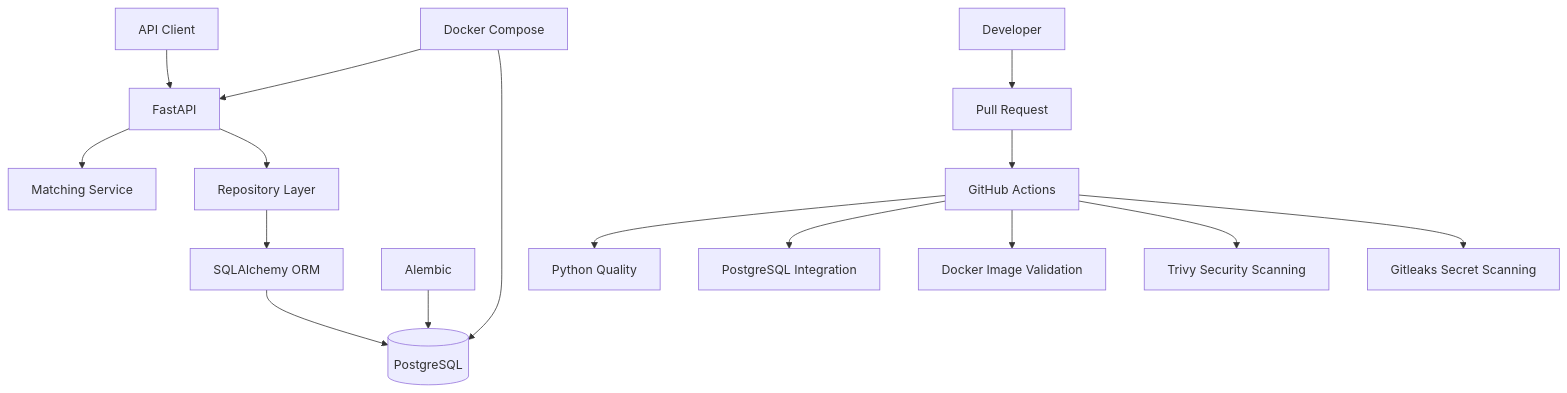
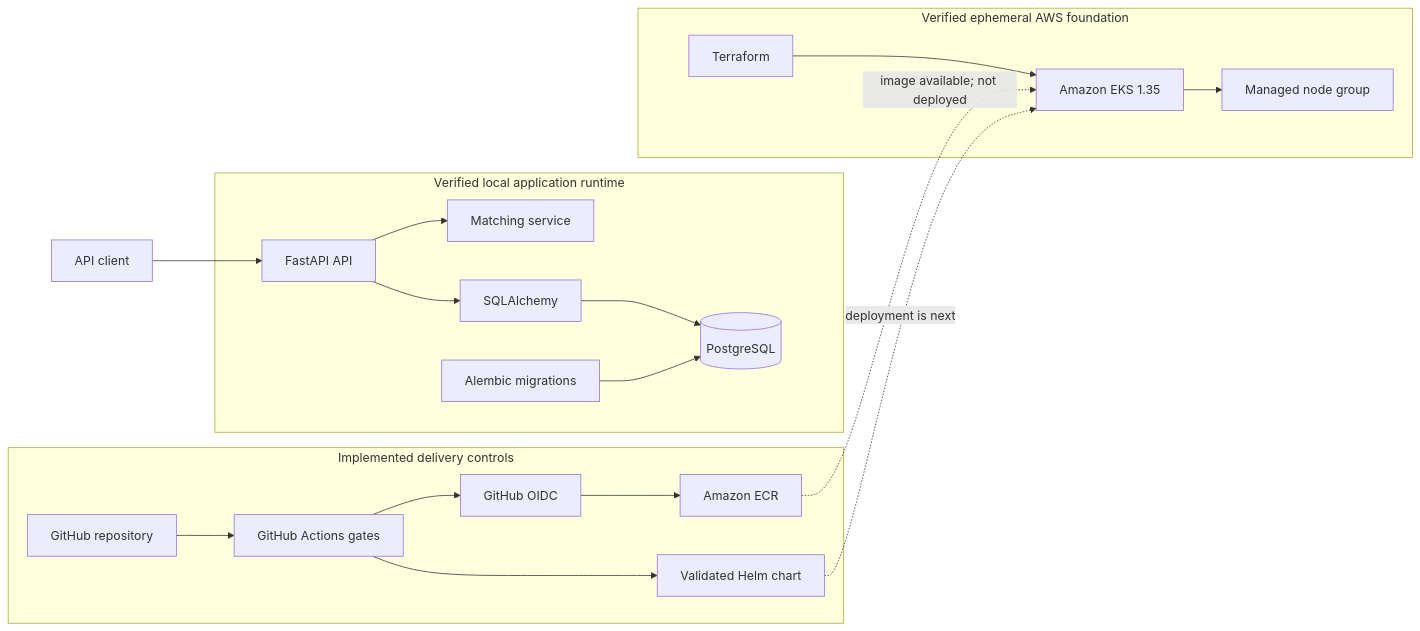
Before and after one commit to SamehYahia/ai-job-platform: the first of 4 diagrams in README.md, drawn with Mermaid. The commit also changed other lines of this file, not shown here.

Commit message:
docs: document EKS foundation and architecture

````diff
--- a/README.md
+++ b/README.md
@@ -57,24 +59,43 @@
 ```mermaid
-flowchart TB
-    CLIENT["API Client"] --> API["FastAPI"]
+flowchart LR
+    USER["API client"]
 
-    API --> MATCHER["Matching Service"]
-    API --> REPOSITORY["Repository Layer"]
+    subgraph LOCAL["Verified local application runtime"]
+        API["FastAPI API"]
+        MATCHER["Matching service"]
+        ORM["SQLAlchemy"]
+        DB[("PostgreSQL")]
+        MIGRATIONS["Alembic migrations"]
 
-    REPOSITORY --> ORM["SQLAlchemy ORM"]
-    ORM --> DATABASE[("PostgreSQL")]
+        API --> MATCHER
+        API --> ORM
+        ORM --> DB
+        MIGRATIONS --> DB
+    end
 
-    ALEMBIC["Alembic"] --> DATABASE
+    subgraph DELIVERY["Implemented delivery controls"]
+        GH["GitHub repository"]
+        CI["GitHub Actions gates"]
+        OIDC["GitHub OIDC"]
+        ECR["Amazon ECR"]
+        HELM["Validated Helm chart"]
 
-    COMPOSE["Docker Compose"] --> API
-    COMPOSE --> DATABASE
+        GH --> CI
+        CI --> OIDC
+        OIDC --> ECR
+        CI --> HELM
+    end
 
-    DEVELOPER["Developer"] --> PR["Pull Request"]
-    PR --> CI["GitHub Actions"]
+    subgraph AWS["Verified ephemeral AWS foundation"]
+        TF["Terraform"]
+        EKS["Amazon EKS 1.35"]
+        NODE["Managed node group"]
 
-    CI --> QUALITY["Python Quality"]
-    CI --> INTEGRATION["PostgreSQL Integration"]
-    CI --> DOCKER["Docker Image Validation"]
-    CI --> TRIVY["Trivy Security Scanning"]
-    CI --> GITLEAKS["Gitleaks Secret Scanning"]
+        TF --> EKS
+        EKS --> NODE
+    end
+
+    USER --> API
+    ECR -. "image available; not deployed" .-> EKS
+    HELM -. "deployment is next" .-> EKS
 ```
````
